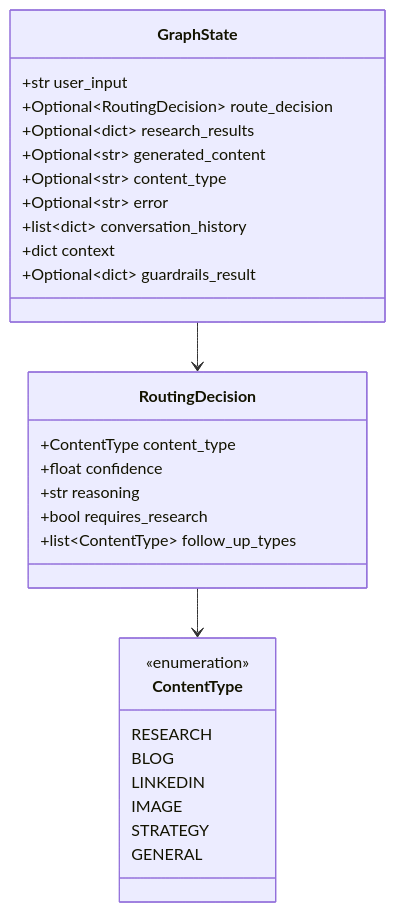
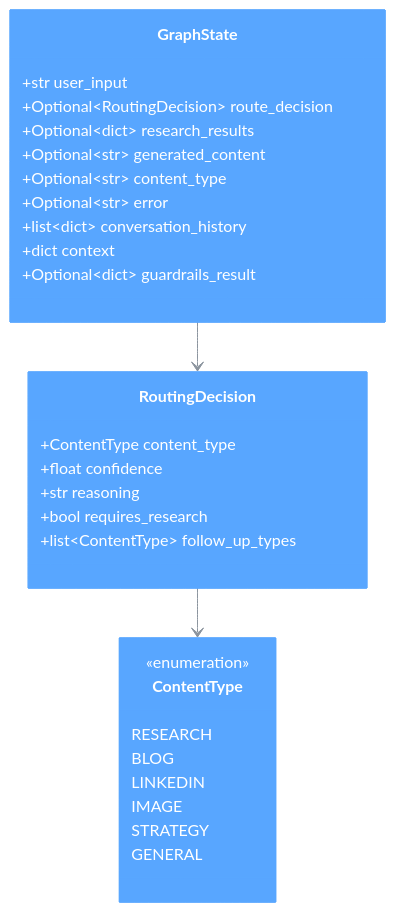
One commit to jayanthanantharaman/reach changed the first of 2 diagrams in docs/architecture/02_graph_state.md. Above: the diagram before and after it, drawn with Mermaid. The commit also changed other lines of this file and 10 other files, not shown here.

Commit message:
REACH - Update mermaid diagrams

````diff
--- a/docs/architecture/02_graph_state.md
+++ b/docs/architecture/02_graph_state.md
@@ -28,35 +28,36 @@
 ```mermaid
+%%{init: {'theme': 'base', 'themeVariables': { 'primaryColor': '#58a6ff', 'primaryTextColor': '#ffffff', 'primaryBorderColor': '#58a6ff', 'lineColor': '#8b949e', 'secondaryColor': '#21262d', 'tertiaryColor': '#161b22', 'background': '#0d1117'}}}%%
 classDiagram
     class GraphState {
         +str user_input
         +Optional~RoutingDecision~ route_decision
         +Optional~dict~ research_results
         +Optional~str~ generated_content
         +Optional~str~ content_type
         +Optional~str~ error
         +list~dict~ conversation_history
         +dict context
         +Optional~dict~ guardrails_result
     }
     
     class RoutingDecision {
         +ContentType content_type
         +float confidence
         +str reasoning
         +bool requires_research
         +list~ContentType~ follow_up_types
     }
     
     class ContentType {
         <<enumeration>>
         RESEARCH
         BLOG
         LINKEDIN
         IMAGE
         STRATEGY
         GENERAL
     }
     
     GraphState --> RoutingDecision
     RoutingDecision --> ContentType
 ```
````
